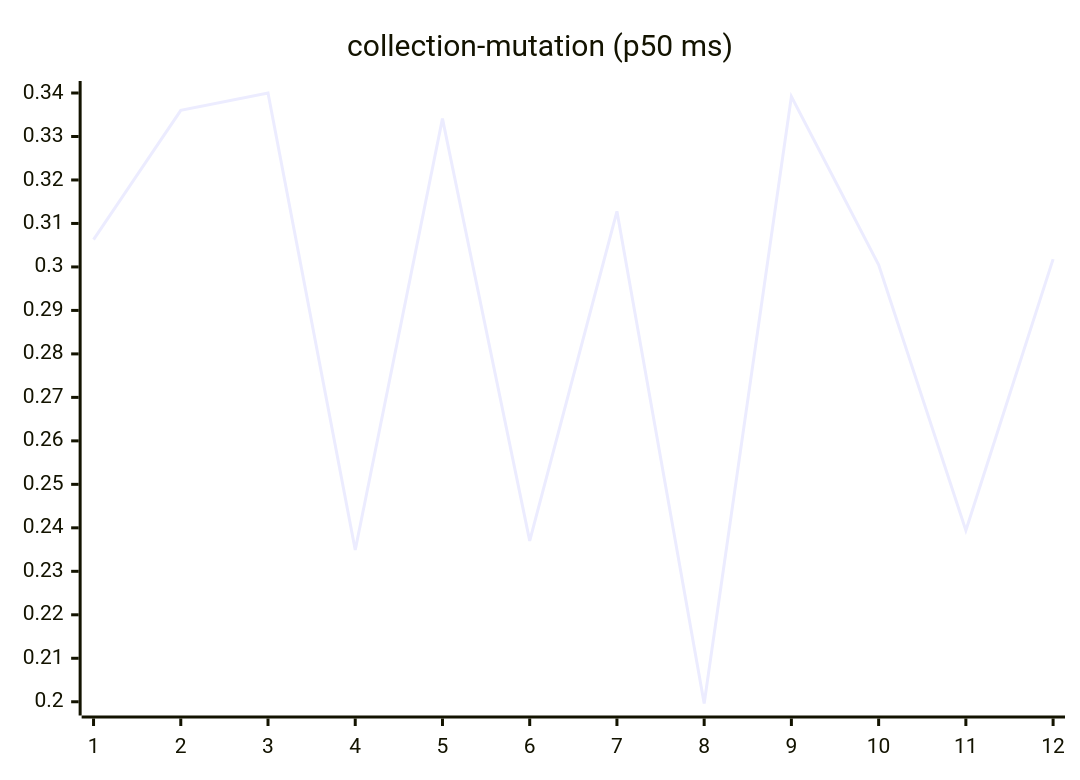
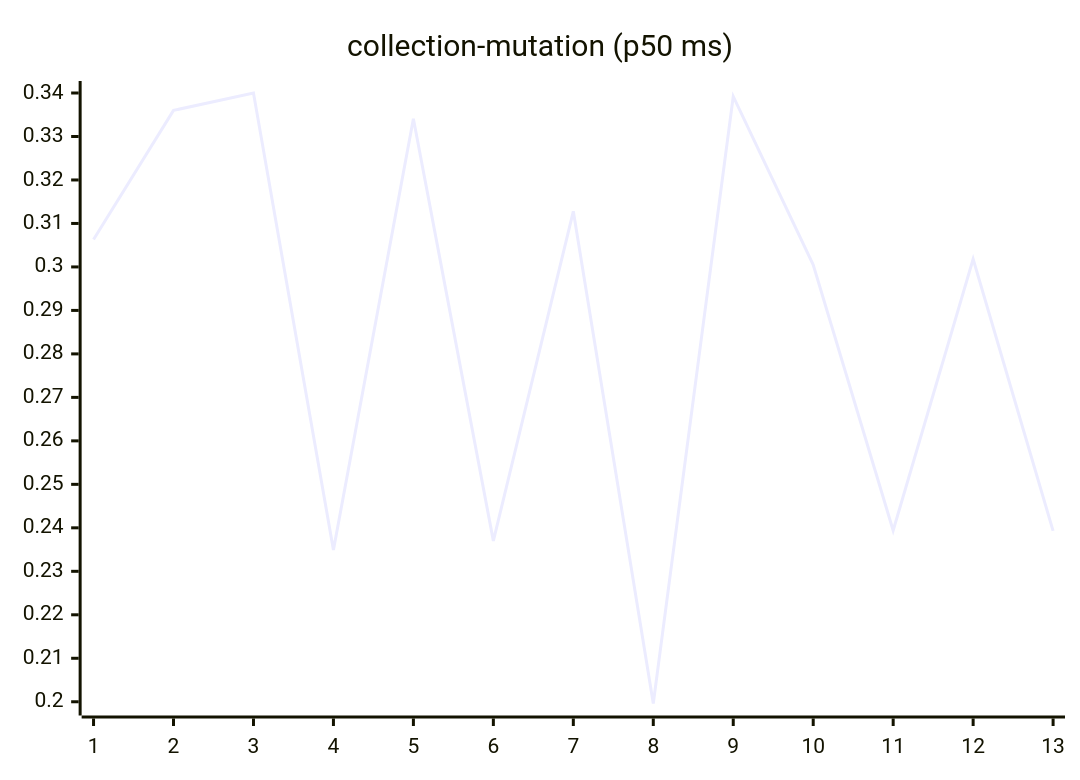
One commit to josha/Facet changed the sixth of 27 diagrams in README.md. Above: the diagram before and after it, drawn with Mermaid. The commit also changed other lines of this file and 2 other files, not shown here.

````diff
--- a/README.md
+++ b/README.md
@@ -98,6 +98,6 @@
 ```mermaid
 xychart-beta
     title "collection-mutation (p50 ms)"
-    x-axis 1 --> 12
-    line [0.3063, 0.3360, 0.3400, 0.2349, 0.3341, 0.2370, 0.3128, 0.1996, 0.3392, 0.3005, 0.2394, 0.3018]
+    x-axis 1 --> 13
+    line [0.3063, 0.3360, 0.3400, 0.2349, 0.3341, 0.2370, 0.3128, 0.1996, 0.3392, 0.3005, 0.2394, 0.3018, 0.2393]
 ```
````
